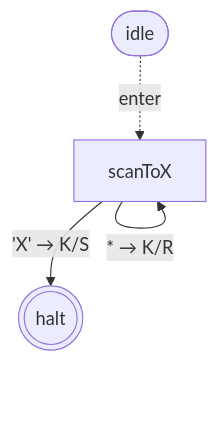
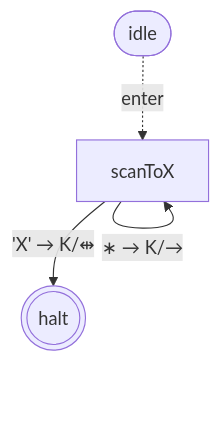
The seventh of 8 diagrams in packages/machine/README.md (mellonis/turing-machine-js), drawn with Mermaid before and after one commit. The commit also changed other lines of this file and 6 other files, not shown here.

````diff
--- a/packages/machine/README.md
+++ b/packages/machine/README.md
@@ -434,10 +434,10 @@
 ```mermaid
 flowchart TD
 %% alphabets: [[" ","a","b","X"]]
   s0(((halt)))
   s1["scanToX"]
   idle([idle])
   idle -. enter .-> s1
-  s1 -- "'X' → K/S" --> s0
-  s1 -- "* → K/R" --> s1
+  s1 -- "'X' → K/⇹" --> s0
+  s1 -- "∗ → K/→" --> s1
 ```
````
